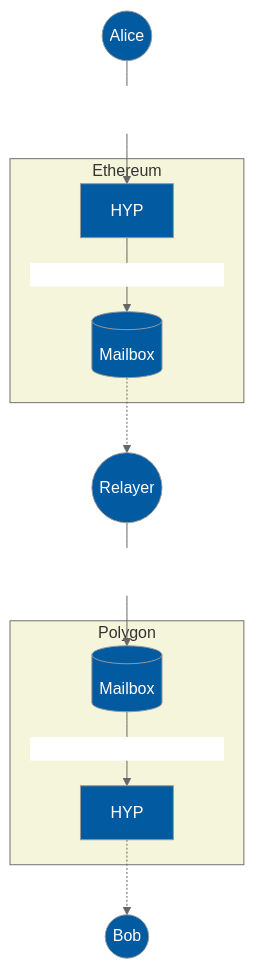
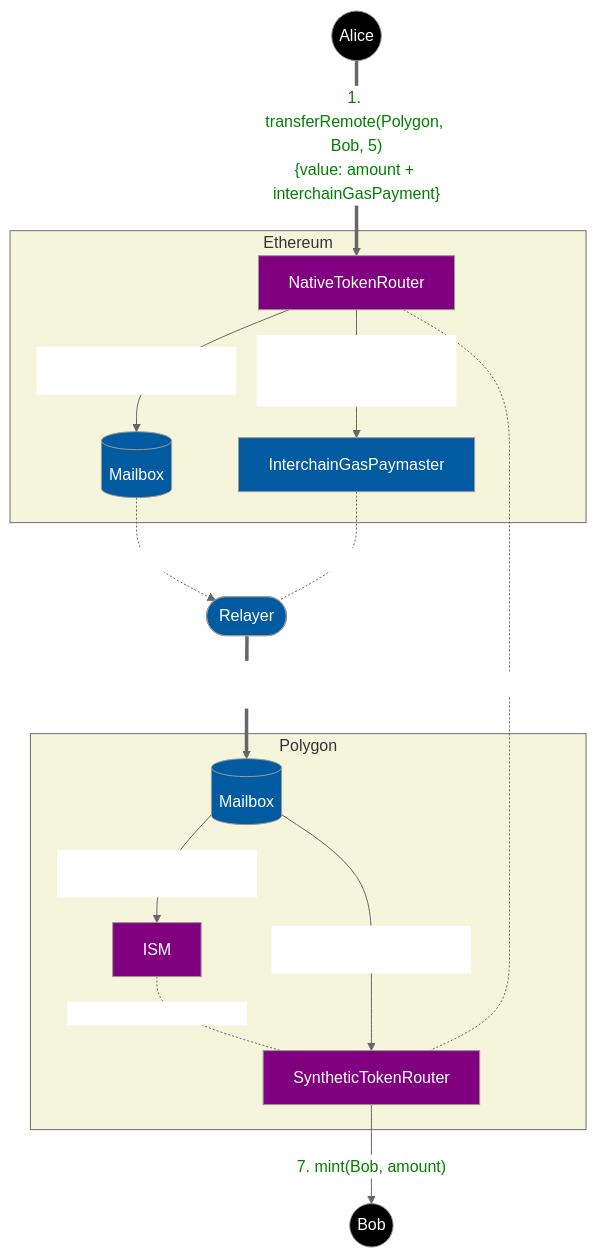
Before and after one commit to hyperlane-xyz/hyperlane-token: the second of 4 diagrams in README.md, drawn with Mermaid. The commit also changed other lines of this file and 1 other file, not shown here.

````diff
--- a/README.md
+++ b/README.md
@@ -14,34 +59,52 @@
 ```mermaid
 %%{ init: {
   "theme": "neutral",
   "themeVariables": {
     "mainBkg": "#025AA1",
     "textColor": "white",
     "clusterBkg": "beige"
   },
   "themeCSS": ".edgeLabel { color: black }"
 }}%%
 
 graph TB
+    Bob((Bob))
+    style Bob fill:black
     Alice((Alice))
-    Relayer((Relayer))
+    style Alice fill:black
+
+    Relayer([Relayer])
 
     subgraph "Ethereum"
-        HYP_E[HYP]
-        M_E[(Mailbox)]
+        HYP_E[NativeTokenRouter]
+        IGP_E[InterchainGasPaymaster]
+        style HYP_E fill:purple
+        Mailbox_E[(Mailbox)]
     end
 
+    Alice == "1. transferRemote(Polygon, Bob, 5)\n{value: amount + interchainGasPayment}" ==> HYP_E
+    linkStyle 0 color:green;
+    HYP_E -- "2. id = dispatch(Polygon, (Bob, amount))" --> Mailbox_E
+
+    HYP_E -- "3. payForGas(id)\n{value: interchainGasPayment}" --> IGP_E
+    IGP_E -. "paymaster" .- Relayer
+    
     subgraph "Polygon"
-        HYP_P[HYP]
-        M_P[(Mailbox)]
+        ISM_P[ISM]
+        style ISM_P fill:purple
+        HYP_P[SyntheticTokenRouter]
+        style HYP_P fill:purple
+        Mailbox_P[(Mailbox)]
     end
 
-    Bob((Bob))
+    Mailbox_E -. "indexing" .-> Relayer
 
-    Alice -- "transferRemote(Polygon, Bob, 5)" --> HYP_E
-    HYP_E -- "dispatch(Polygon, (Bob, 5))" --> M_E
-    M_E-.->Relayer
-    Relayer -- "process(Ethereum, (Bob, 5))" --> M_P
-    M_P-->|"handle(Ethereum, (Bob, 5))"|HYP_P
-    HYP_P-.->Bob
+    Relayer == "4. process(Ethereum, (Bob, amount))" ==> Mailbox_P
+    Mailbox_P -- "5. verify(Ethereum, (Bob, amount))" --> ISM_P
+    Mailbox_P -- "6. handle(Ethereum, (Bob, amount))" --> HYP_P
+
+    HYP_E -. "router" .- HYP_P
+    ISM_P -. "interchainSecurityModule" .- HYP_P
+    HYP_P -- "7. mint(Bob, amount)" --> Bob
+    linkStyle 10 color:green;
 ```
````
